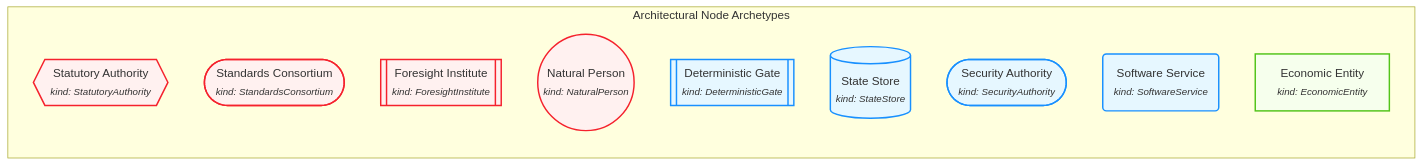
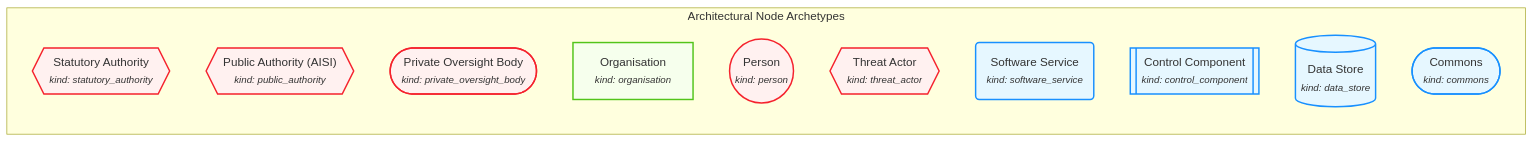
One commit to sankarshanmukhopadhyay/ai-ecosystem-model changed the first of 2 diagrams in docs/index.md. Above: the diagram before and after it, drawn with Mermaid. The commit also changed other lines of this file and 13 other files, not shown here.

````diff
--- a/docs/index.md
+++ b/docs/index.md
@@ -31,19 +31,20 @@
 ```mermaid
 flowchart LR
     classDef gov fill:#FFF1F0,stroke:#F5222D,stroke-width:2px;
     classDef econ fill:#F6FFED,stroke:#52C41A,stroke-width:2px;
     classDef tech fill:#E6F7FF,stroke:#1890FF,stroke-width:2px;
     classDef default fill:#F8FAFC,stroke:#64748B,stroke-width:1.5px;
 
     subgraph LegendShapes ["Architectural Node Archetypes"]
-        K_HEX{{"Statutory Authority<br/><small><i>kind: StatutoryAuthority</i></small>"}}:::gov
-        K_STA_STD(["Standards Consortium<br/><small><i>kind: StandardsConsortium</i></small>"]):::gov
-        K_SUB_FOR[["Foresight Institute<br/><small><i>kind: ForesightInstitute</i></small>"]]:::gov
-        K_CIR(("Natural Person<br/><small><i>kind: NaturalPerson</i></small>")):::gov
-        K_SUB[["Deterministic Gate<br/><small><i>kind: DeterministicGate</i></small>"]]:::tech
-        K_CYL[("State Store<br/><small><i>kind: StateStore</i></small>")]:::tech
-        K_STA(["Security Authority<br/><small><i>kind: SecurityAuthority</i></small>"]):::tech
-        K_RND("Software Service<br/><small><i>kind: SoftwareService</i></small>"):::tech
-        K_REC["Economic Entity<br/><small><i>kind: EconomicEntity</i></small>"]:::econ
+        K_STA{{"Statutory Authority<br/><small><i>kind: statutory_authority</i></small>"}}:::gov
+        K_PUB{{"Public Authority (AISI)<br/><small><i>kind: public_authority</i></small>"}}:::gov
+        K_PRV(["Private Oversight Body<br/><small><i>kind: private_oversight_body</i></small>"]):::gov
+        K_ORG["Organisation<br/><small><i>kind: organisation</i></small>"]:::econ
+        K_PER(("Person<br/><small><i>kind: person</i></small>")):::gov
+        K_THR{{"Threat Actor<br/><small><i>kind: threat_actor</i></small>"}}:::gov
+        K_SWS("Software Service<br/><small><i>kind: software_service</i></small>"):::tech
+        K_CTR[["Control Component<br/><small><i>kind: control_component</i></small>"]]:::tech
+        K_STO[("Data Store<br/><small><i>kind: data_store</i></small>")]:::tech
+        K_COM(["Commons<br/><small><i>kind: commons</i></small>"]):::tech
     end
 ```
````
